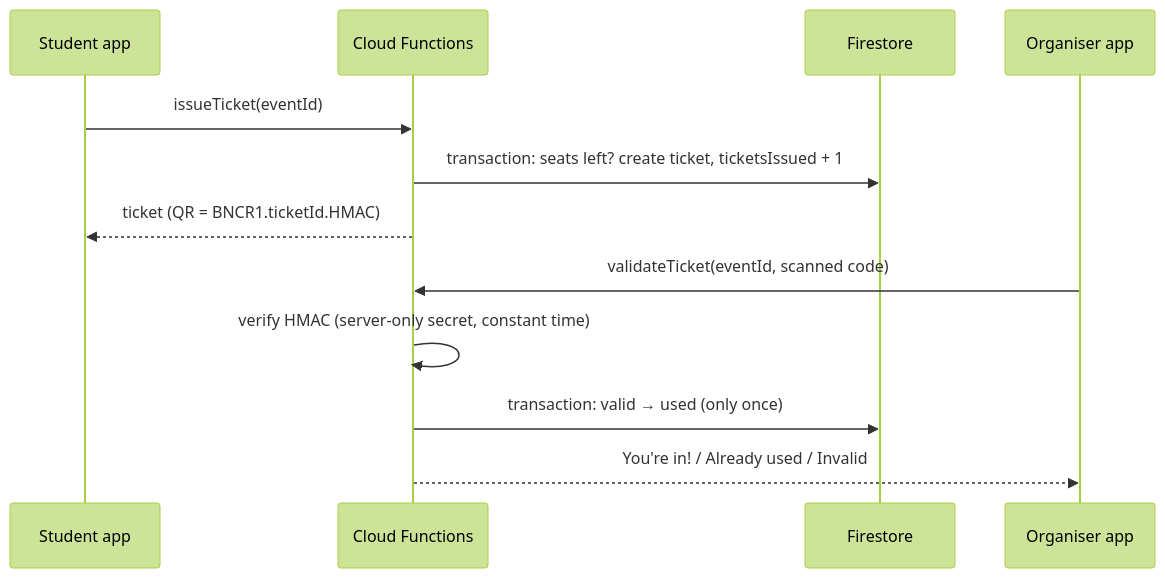
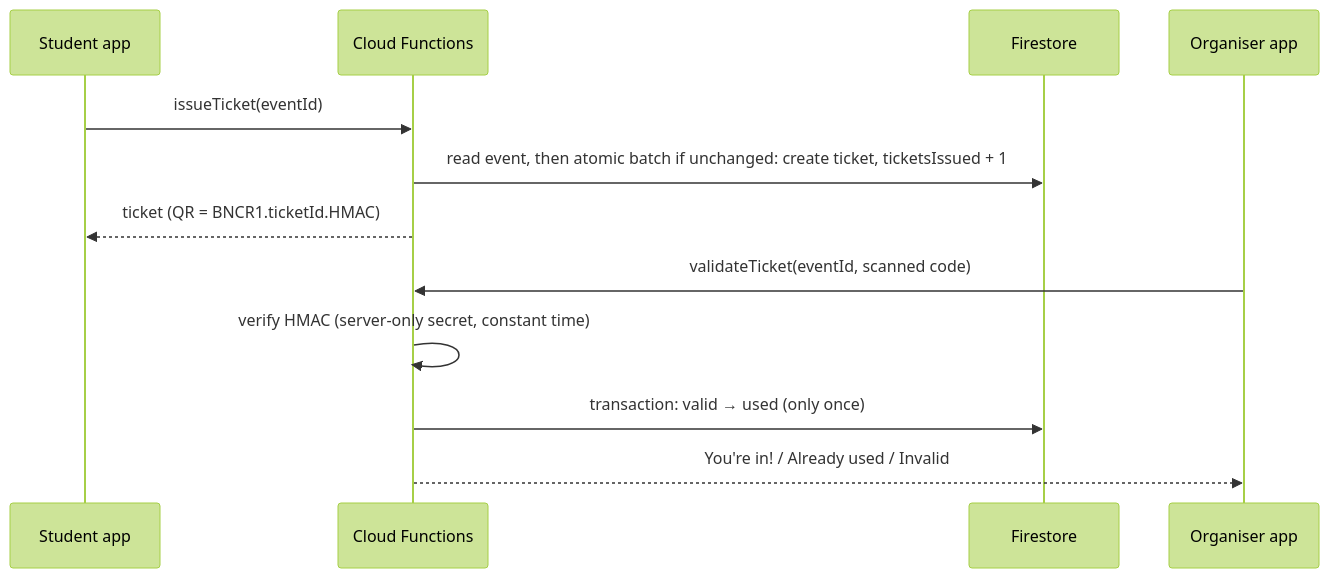
The first of 2 diagrams in README.md (Emad-Abouelsaad/bouncr), drawn with Mermaid (forest theme) before and after one commit. The commit also changed other lines of this file and 4 other files, not shown here.

````diff
--- a/README.md
+++ b/README.md
@@ -51,14 +51,14 @@
 ```mermaid
 sequenceDiagram
   participant S as Student app
   participant F as Cloud Functions
   participant DB as Firestore
   participant O as Organiser app
   S->>F: issueTicket(eventId)
-  F->>DB: transaction: seats left? create ticket, ticketsIssued + 1
+  F->>DB: read event, then atomic batch if unchanged: create ticket, ticketsIssued + 1
   F-->>S: ticket (QR = BNCR1.ticketId.HMAC)
   O->>F: validateTicket(eventId, scanned code)
   F->>F: verify HMAC (server-only secret, constant time)
   F->>DB: transaction: valid → used (only once)
   F-->>O: You're in! / Already used / Invalid
 ```
````
